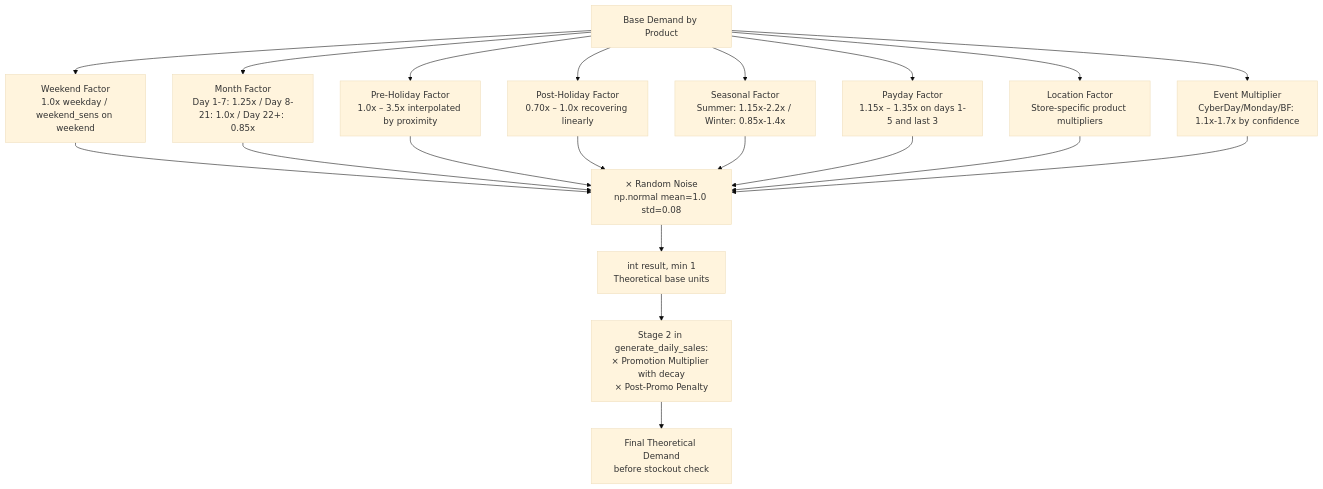
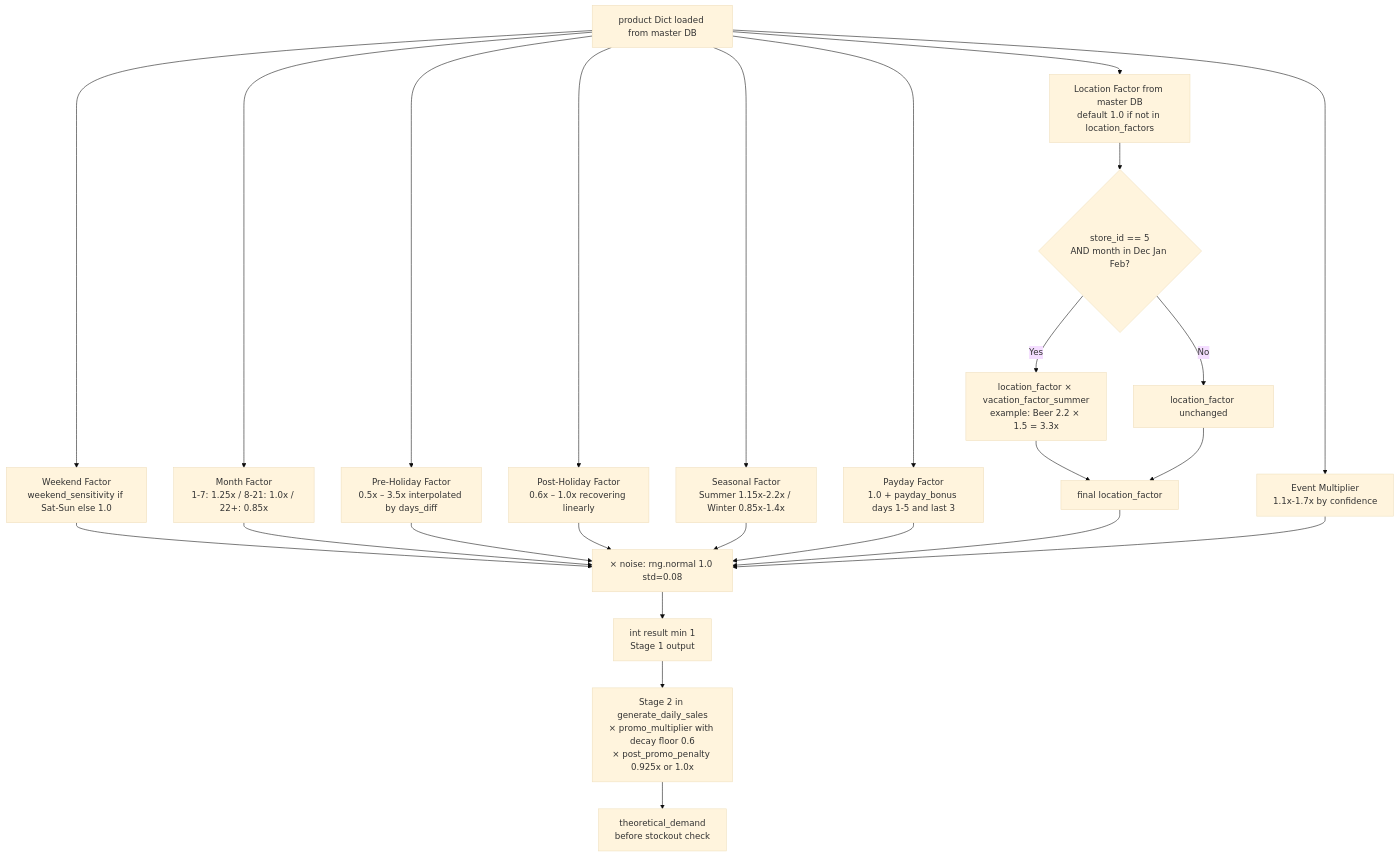
One commit to adroguetth/Sales-Monitoring-Engine changed the second of 5 diagrams in Documentation_EN/1_2.sales_generator.md. Above: the diagram before and after it, drawn with Mermaid (base theme). The commit also changed other lines of this file, not shown here.

````diff
--- a/Documentation_EN/1_2.sales_generator.md
+++ b/Documentation_EN/1_2.sales_generator.md
@@ -117,19 +124,22 @@
 ```mermaid
 flowchart TD
-    A[Base Demand by Product] --> B[Weekend Factor\n1.0x weekday / weekend_sens on weekend]
-    A --> C[Month Factor\nDay 1-7: 1.25x / Day 8-21: 1.0x / Day 22+: 0.85x]
-    A --> D[Pre-Holiday Factor\n1.0x – 3.5x interpolated by proximity]
-    A --> E[Post-Holiday Factor\n0.70x – 1.0x recovering linearly]
-    A --> F[Seasonal Factor\nSummer: 1.15x-2.2x / Winter: 0.85x-1.4x]
-    A --> G[Payday Factor\n1.15x – 1.35x on days 1-5 and last 3]
-    A --> H[Location Factor\nStore-specific product multipliers]
-    A --> I[Event Multiplier\nCyberDay/Monday/BF: 1.1x-1.7x by confidence]
+    A[product Dict loaded from master DB] --> WF[Weekend Factor\nweekend_sensitivity if Sat-Sun else 1.0]
+    A --> MF[Month Factor\n1-7: 1.25x / 8-21: 1.0x / 22+: 0.85x]
+    A --> PRE[Pre-Holiday Factor\n0.5x – 3.5x interpolated by days_diff]
+    A --> POST[Post-Holiday Factor\n0.6x – 1.0x recovering linearly]
+    A --> SF[Seasonal Factor\nSummer 1.15x-2.2x / Winter 0.85x-1.4x]
+    A --> PF[Payday Factor\n1.0 + payday_bonus days 1-5 and last 3]
+    A --> LF[Location Factor from master DB\ndefault 1.0 if not in location_factors]
+    A --> EM[Event Multiplier\n1.1x-1.7x by confidence]
 
-    B & C & D & E & F & G & H & I --> J[× Random Noise\nnp.normal mean=1.0 std=0.08]
+    LF --> LFA{store_id == 5\nAND month in Dec Jan Feb?}
+    LFA -->|Yes| LFB[location_factor × vacation_factor_summer\nexample: Beer 2.2 × 1.5 = 3.3x]
+    LFA -->|No| LFC[location_factor unchanged]
+    LFB & LFC --> LFZ[final location_factor]
 
-    J --> K[int result, min 1\nTheoretical base units]
+    WF & MF & PRE & POST & SF & PF & LFZ & EM --> N[× noise: rng.normal 1.0 std=0.08]
+    N --> OUT[int result min 1\nStage 1 output]
 
-    K --> L[Stage 2 in generate_daily_sales:\n× Promotion Multiplier with decay\n× Post-Promo Penalty]
-
-    L --> M[Final Theoretical Demand\nbefore stockout check]
+    OUT --> S2[Stage 2 in generate_daily_sales\n× promo_multiplier with decay floor 0.6\n× post_promo_penalty 0.925x or 1.0x]
+    S2 --> FINAL[theoretical_demand\nbefore stockout check]
 ```
````
